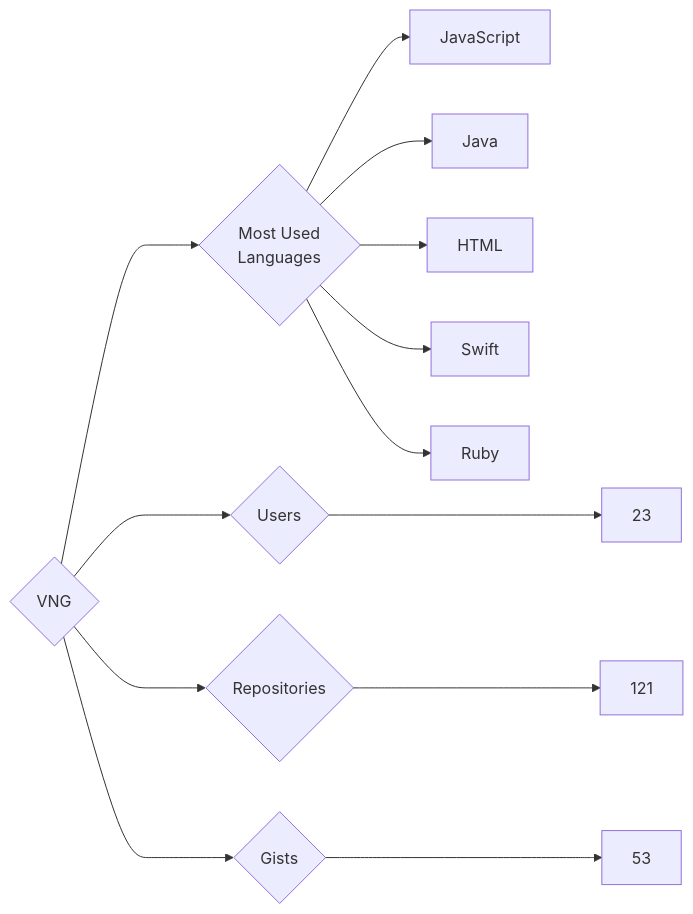
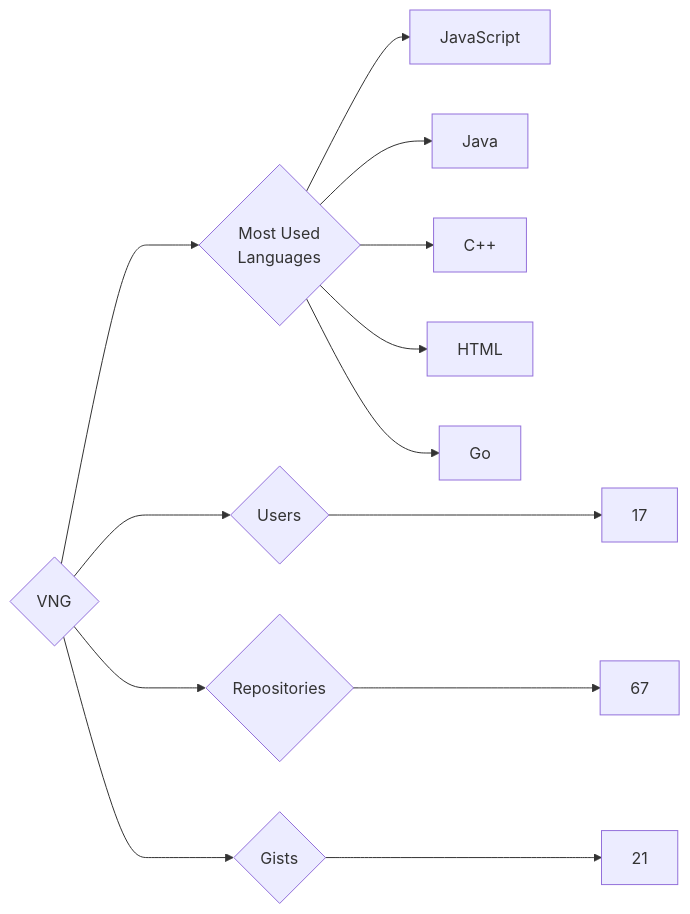
One commit to trickest/insiders changed the diagram in targets/VNG/README.md. Above: the diagram before and after it, drawn with Mermaid. The commit also changed 973 other files, not shown here.

````diff
--- a/targets/VNG/README.md
+++ b/targets/VNG/README.md
@@ -3,13 +3,13 @@
 ```mermaid
 graph LR
 COMPANY_NAME{VNG}
-COMPANY_NAME ---> U{Users} ---> UN[23]
-COMPANY_NAME ---> R{Repositories} ---> RN[121]
-COMPANY_NAME ---> G{Gists} ---> GN[53]
+COMPANY_NAME ---> U{Users} ---> UN[17]
+COMPANY_NAME ---> R{Repositories} ---> RN[67]
+COMPANY_NAME ---> G{Gists} ---> GN[21]
 COMPANY_NAME ---> ML{Most Used<br>Languages}
 ML --> JavaScript[JavaScript]
 ML --> Java[Java]
+ML --> C++[C++]
 ML --> HTML[HTML]
-ML --> Swift[Swift]
-ML --> Ruby[Ruby]
+ML --> Go[Go]
 ```
````
